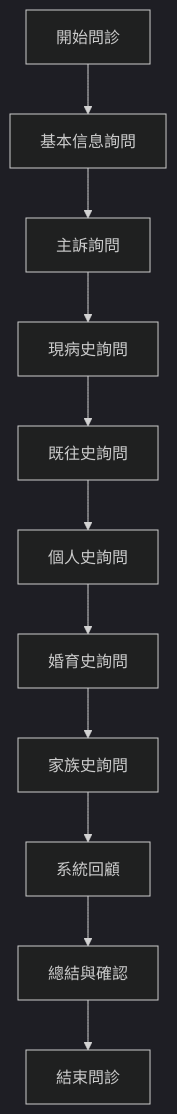
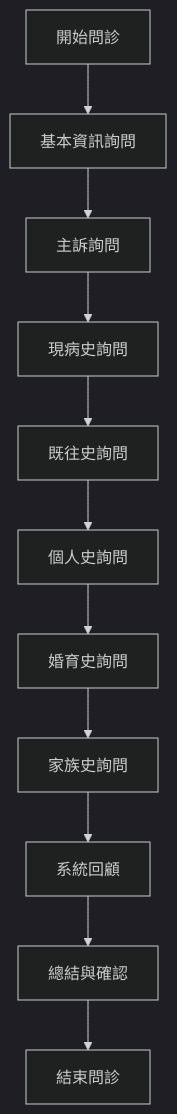
Before and after one commit to kmjade/knowledge-value: the third of 6 diagrams in 3 Resources/01-Tech/🏥 专业知识/耳穴知识库/02-耳穴診斷/耳穴問診技巧.md, drawn with Mermaid (dark theme). The commit also changed other lines of this file and 653 other files, not shown here.

````diff
--- a/3 Resources/01-Tech/🏥 专业知识/耳穴知识库/02-耳穴診斷/耳穴問診技巧.md
+++ b/3 Resources/01-Tech/🏥 专业知识/耳穴知识库/02-耳穴診斷/耳穴問診技巧.md
@@ -206,13 +206,13 @@
 ```mermaid
 flowchart TD
-    A[開始問診] --> B[基本信息詢問]
+    A[開始問診] --> B[基本資訊詢問]
     B --> C[主訴詢問]
     C --> D[現病史詢問]
     D --> E[既往史詢問]
     E --> F[個人史詢問]
     F --> G[婚育史詢問]
     G --> H[家族史詢問]
     H --> I[系統回顧]
     I --> J[總結與確認]
     J --> K[結束問診]
 ```
````
